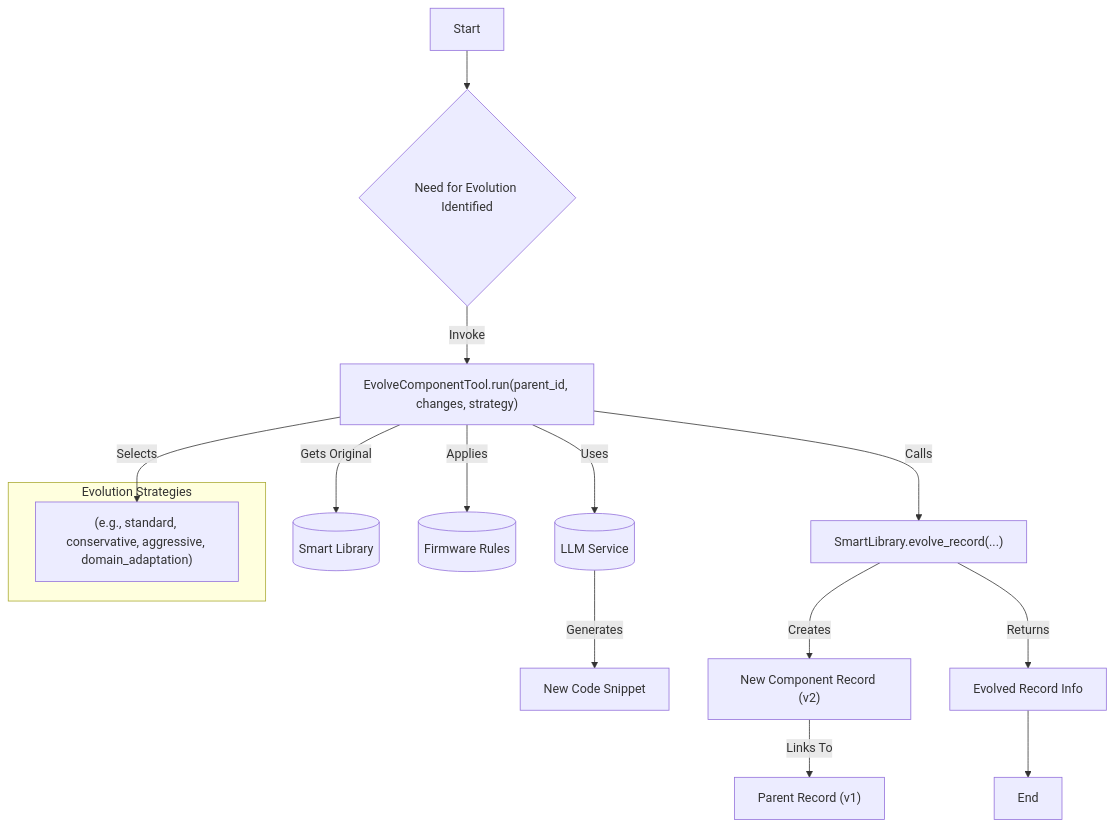
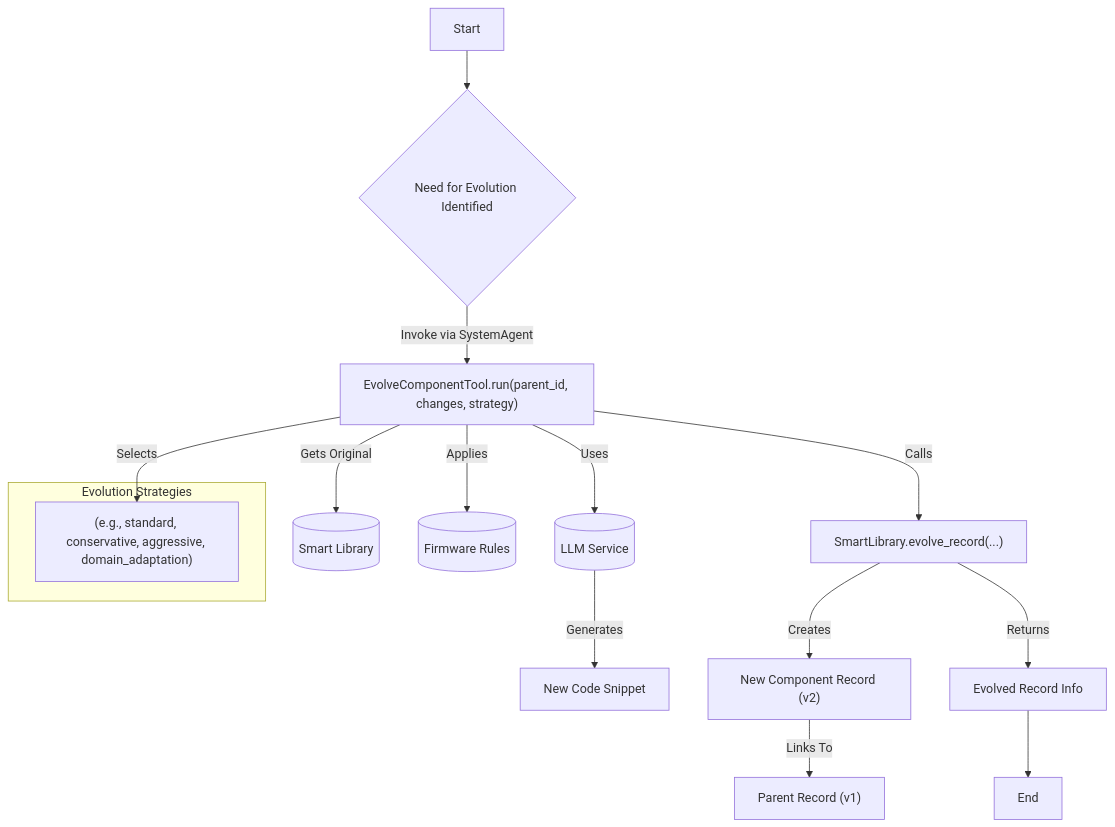
Before and after one commit to matiasmolinas/evolving-agents: the seventh of 7 diagrams in docs/ARCHITECTURE.md, drawn with Mermaid. The commit also changed other lines of this file and 6 other files, not shown here.

````diff
--- a/docs/ARCHITECTURE.md
+++ b/docs/ARCHITECTURE.md
@@ -236,19 +281,19 @@
 ```mermaid
 graph TD
     Start --> Need{Need for Evolution Identified}
-    Need -->|Invoke| ECT["EvolveComponentTool.run(parent_id, changes, strategy)"]
+    Need -->|Invoke via SystemAgent| ECT["EvolveComponentTool.run(parent_id, changes, strategy)"]
     ECT -->|Gets Original| SL[("Smart Library")]
     ECT -->|Uses| LLM[("LLM Service")]
     ECT -->|Applies| FW[("Firmware Rules")]
     LLM -->|Generates| NewCode["New Code Snippet"]
     ECT -->|Calls| SLevolve["SmartLibrary.evolve_record(...)"]
     SLevolve -->|Creates| NewRecord["New Component Record (v2)"]
     NewRecord -->|Links To| ParentRecord["Parent Record (v1)"]
     SLevolve -->|Returns| EvolvedInfo["Evolved Record Info"]
     EvolvedInfo --> End
 
     subgraph Evolution Strategies
         strategy["(e.g., standard, conservative, aggressive, domain_adaptation)"]
     end
     ECT -->|Selects| strategy
 ```
````
